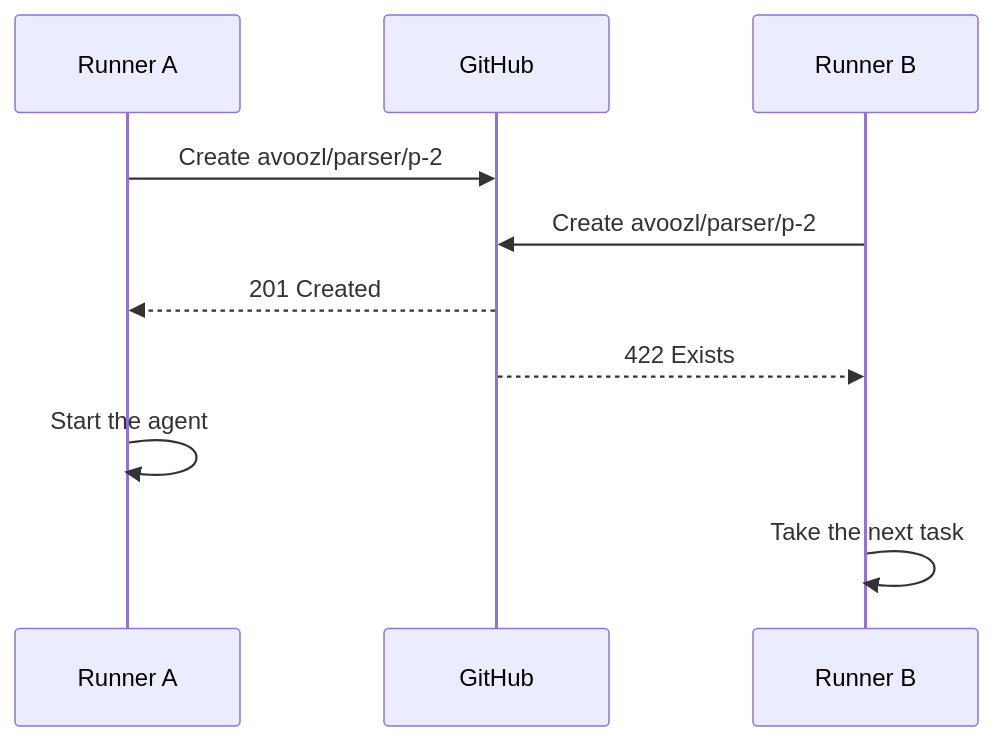
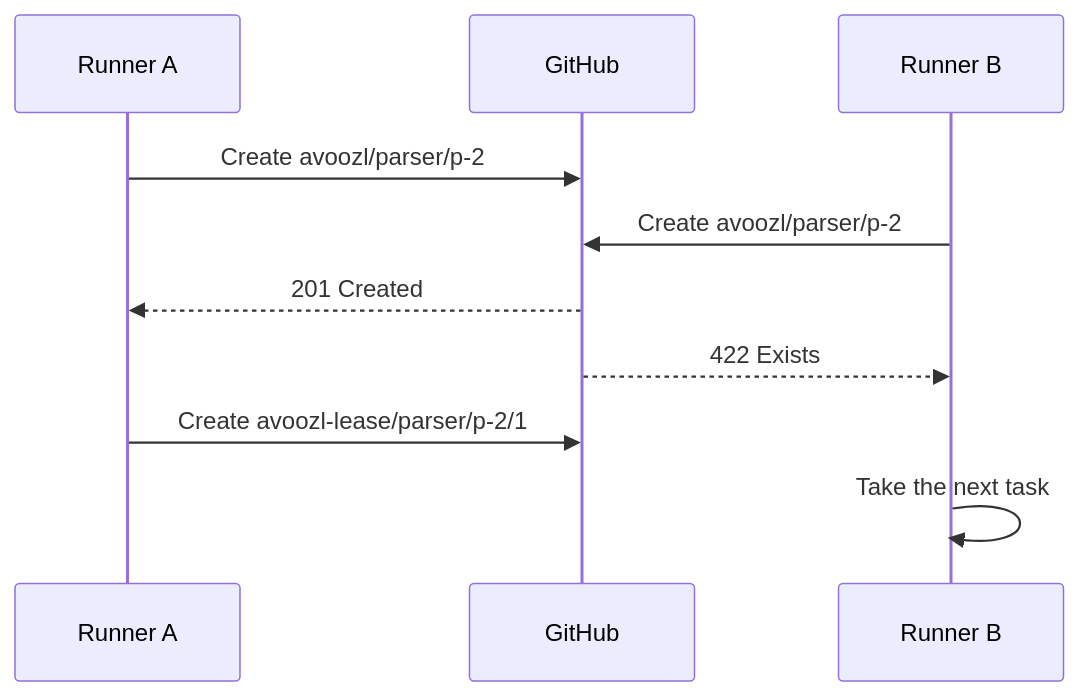
The second of 3 diagrams in docs/github-workflow.md (mtdowling/avoozl), drawn with Mermaid before and after one commit. The commit also changed other lines of this file and 33 other files, not shown here.

````diff
--- a/docs/github-workflow.md
+++ b/docs/github-workflow.md
@@ -332,12 +363,12 @@
 ```mermaid
 sequenceDiagram
   participant A as Runner A
   participant G as GitHub
   participant B as Runner B
   A->>G: Create avoozl/parser/p-2
   B->>G: Create avoozl/parser/p-2
   G-->>A: 201 Created
   G-->>B: 422 Exists
-  A->>A: Start the agent
+  A->>G: Create avoozl-lease/parser/p-2/1
   B->>B: Take the next task
 ```
````
